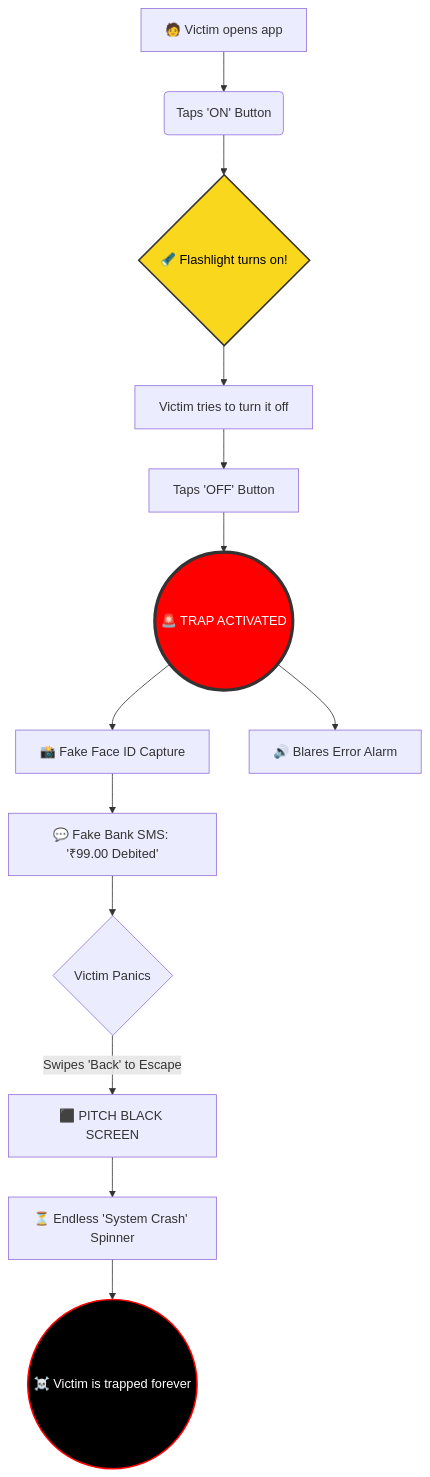
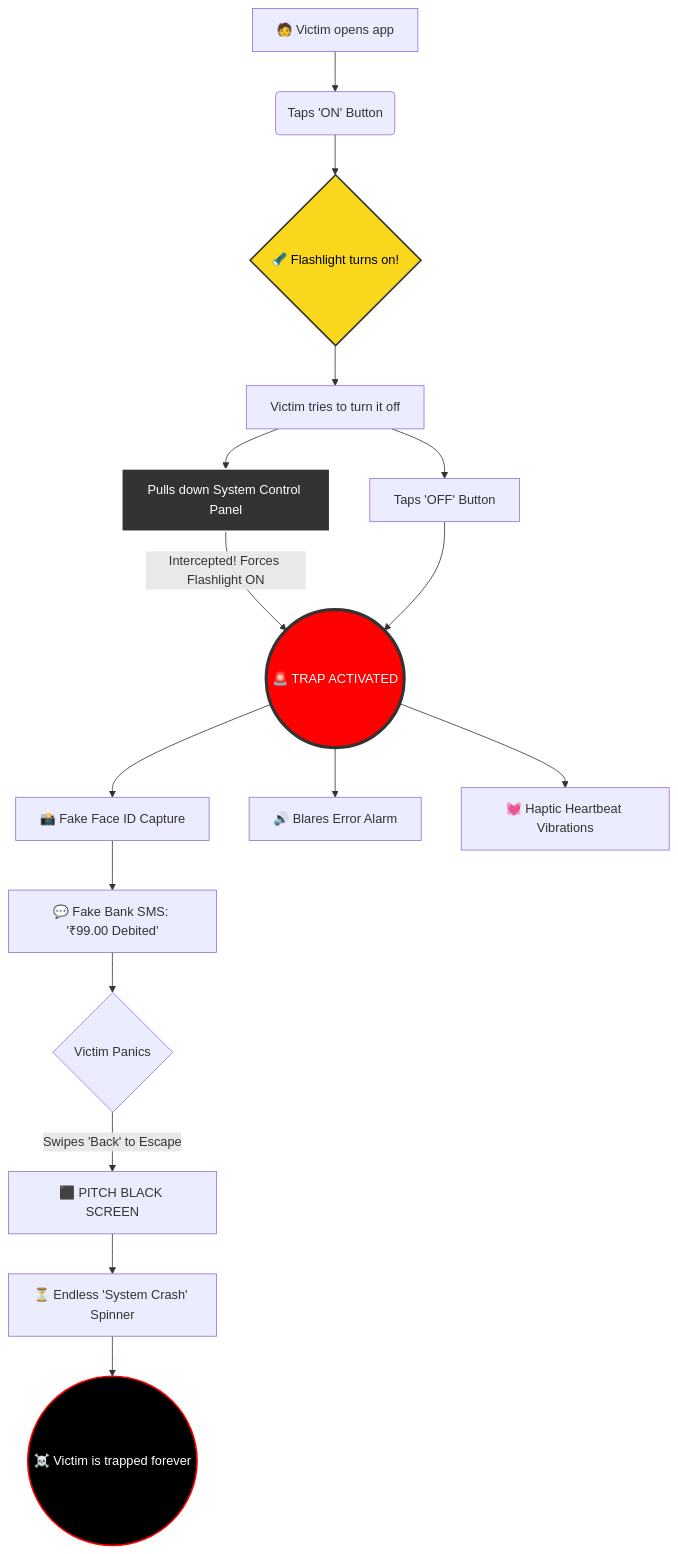
Before and after one commit to CodeWithBasu/TorchTrap-: the diagram in README.md, drawn with Mermaid. The commit also changed other lines of this file, not shown here.

Commit message:
Update README with advanced features (Heartbeat, Claymorphism, System Intercept)

````diff
--- a/README.md
+++ b/README.md
@@ -32,22 +32,27 @@
 ```mermaid
 graph TD
     A[🧑 Victim opens app] --> B(Taps 'ON' Button)
     B --> C{🔦 Flashlight turns on!}
     C --> D[Victim tries to turn it off]
     D --> E[Taps 'OFF' Button]
+    D --> O[Pulls down System Control Panel]
+    
+    O -->|Intercepted! Forces Flashlight ON| F
     E --> F((🚨 TRAP ACTIVATED))
     
     F --> G[📸 Fake Face ID Capture]
     F --> H[🔊 Blares Error Alarm]
+    F --> P[💓 Haptic Heartbeat Vibrations]
     
     G --> I[💬 Fake Bank SMS: '₹99.00 Debited']
     I --> J{Victim Panics}
     
     J -->|Swipes 'Back' to Escape| K[⬛ PITCH BLACK SCREEN]
     K --> L[⏳ Endless 'System Crash' Spinner]
     L --> M((☠️ Victim is trapped forever))
     
     style F fill:#ff0000,stroke:#333,stroke-width:4px,color:#fff
     style M fill:#000,stroke:#ff0000,stroke-width:2px,color:#fff
     style C fill:#f9d71c,stroke:#333,stroke-width:2px,color:#000
+    style O fill:#333,stroke:#fff,stroke-width:2px,color:#fff
 ```
````
